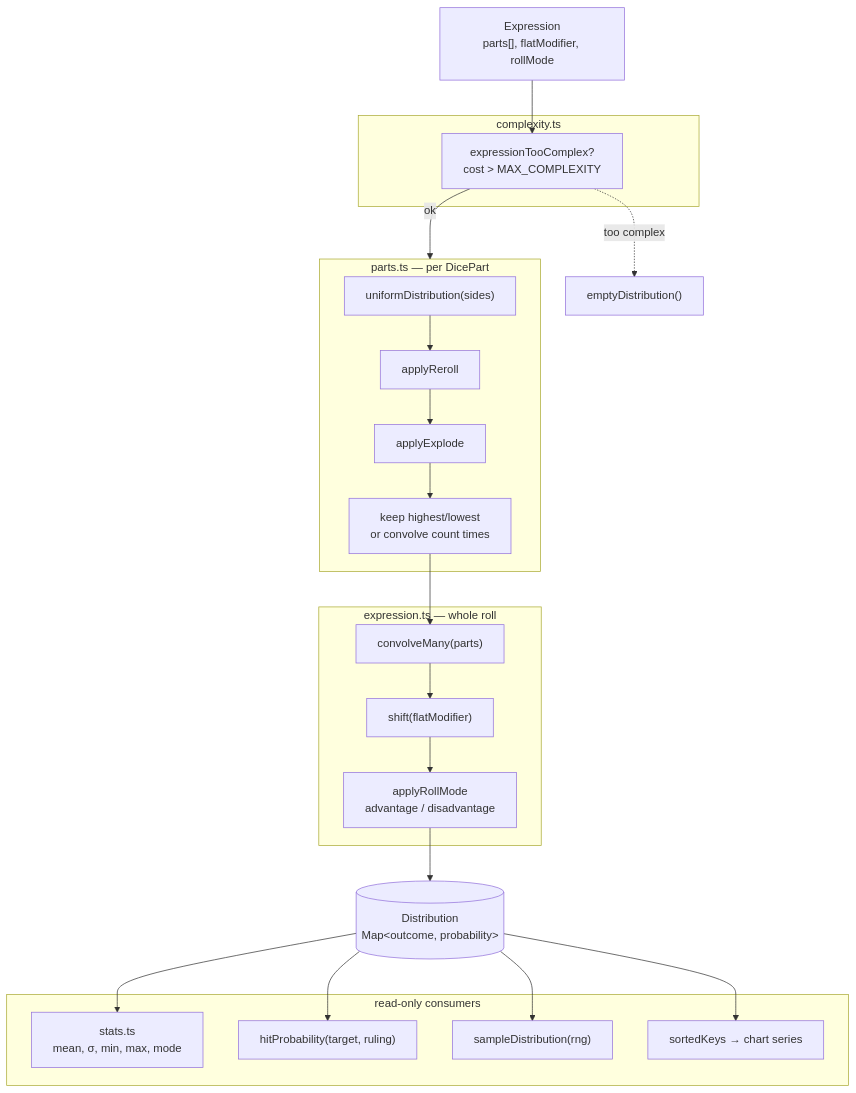
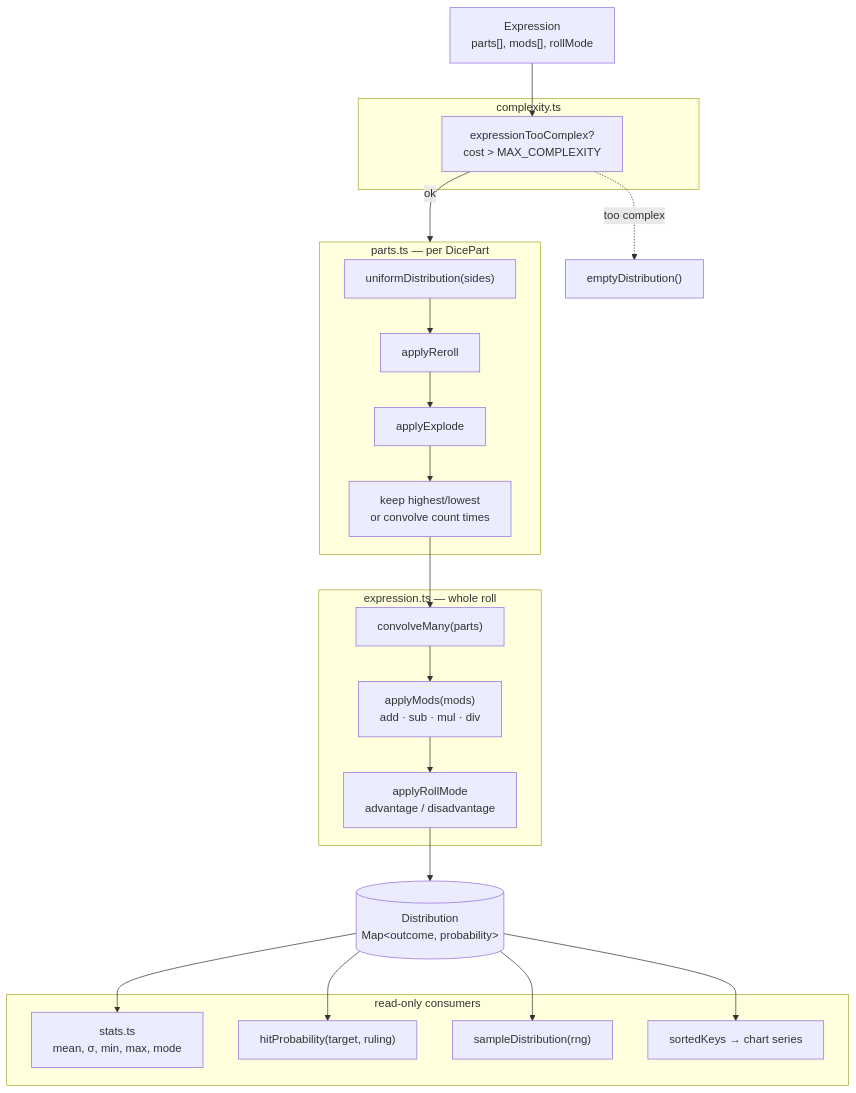
Before and after one commit to a1clark1a/diceTable: the diagram in docs/architecture/engine.md, drawn with Mermaid. The commit also changed other lines of this file and 6 other files, not shown here.

First line of the commit message:
describe the modifier chain in the docs

````diff
--- a/docs/architecture/engine.md
+++ b/docs/architecture/engine.md
@@ -53,42 +53,42 @@
 ```mermaid
 flowchart TD
-  Expr["Expression<br/>parts[], flatModifier, rollMode"]
+  Expr["Expression<br/>parts[], mods[], rollMode"]
 
   subgraph Guard["complexity.ts"]
     Cx["expressionTooComplex?<br/>cost &gt; MAX_COMPLEXITY"]
   end
 
   subgraph Part["parts.ts — per DicePart"]
     Uni["uniformDistribution(sides)"]
     RR["applyReroll"]
     Ex["applyExplode"]
     Keep["keep highest/lowest<br/>or convolve count times"]
     Uni --> RR --> Ex --> Keep
   end
 
   subgraph Expr2["expression.ts — whole roll"]
     Conv["convolveMany(parts)"]
-    Shift["shift(flatModifier)"]
+    Chain["applyMods(mods)<br/>add · sub · mul · div"]
     Mode["applyRollMode<br/>advantage / disadvantage"]
-    Conv --> Shift --> Mode
+    Conv --> Chain --> Mode
   end
 
   Dist[("Distribution<br/>Map&lt;outcome, probability&gt;")]
 
   subgraph Read["read-only consumers"]
     Stats["stats.ts<br/>mean, σ, min, max, mode"]
     Hit["hitProbability(target, ruling)"]
     Sample["sampleDistribution(rng)"]
     Sorted["sortedKeys → chart series"]
   end
 
   Expr --> Cx
   Cx -.->|too complex| Empty["emptyDistribution()"]
   Cx -->|ok| Part
   Keep --> Conv
   Mode --> Dist
   Dist --> Stats
   Dist --> Hit
   Dist --> Sample
   Dist --> Sorted
 ```
````
